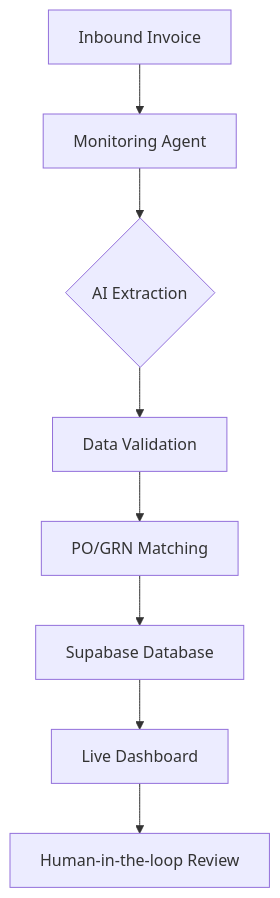
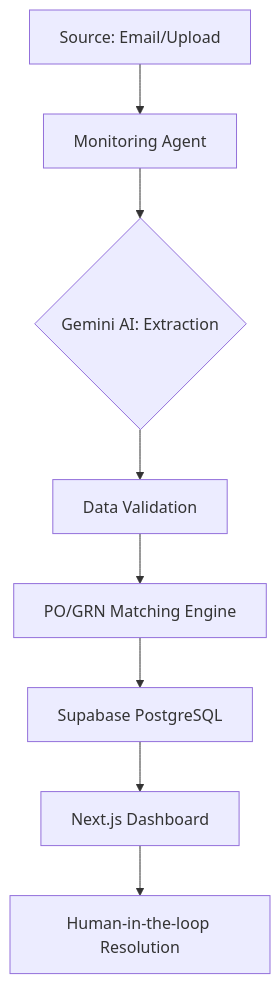
Before and after one commit to Vikas-Claude-Demo/ai-invoice-agent: the diagram in README.md, drawn with Mermaid. The commit also changed other lines of this file and 1 other file, not shown here.

````diff
--- a/README.md
+++ b/README.md
@@ -17,10 +23,10 @@
 ```mermaid
 graph TD
-    A[Inbound Invoice] --> B[Monitoring Agent]
-    B --> C{AI Extraction}
+    A[Source: Email/Upload] --> B[Monitoring Agent]
+    B --> C{Gemini AI: Extraction}
     C --> D[Data Validation]
-    D --> E[PO/GRN Matching]
-    E --> F[Supabase Database]
-    F --> G[Live Dashboard]
-    G --> H[Human-in-the-loop Review]
+    D --> E[PO/GRN Matching Engine]
+    E --> F[Supabase PostgreSQL]
+    F --> G[Next.js Dashboard]
+    G --> H[Human-in-the-loop Resolution]
 ```
````
